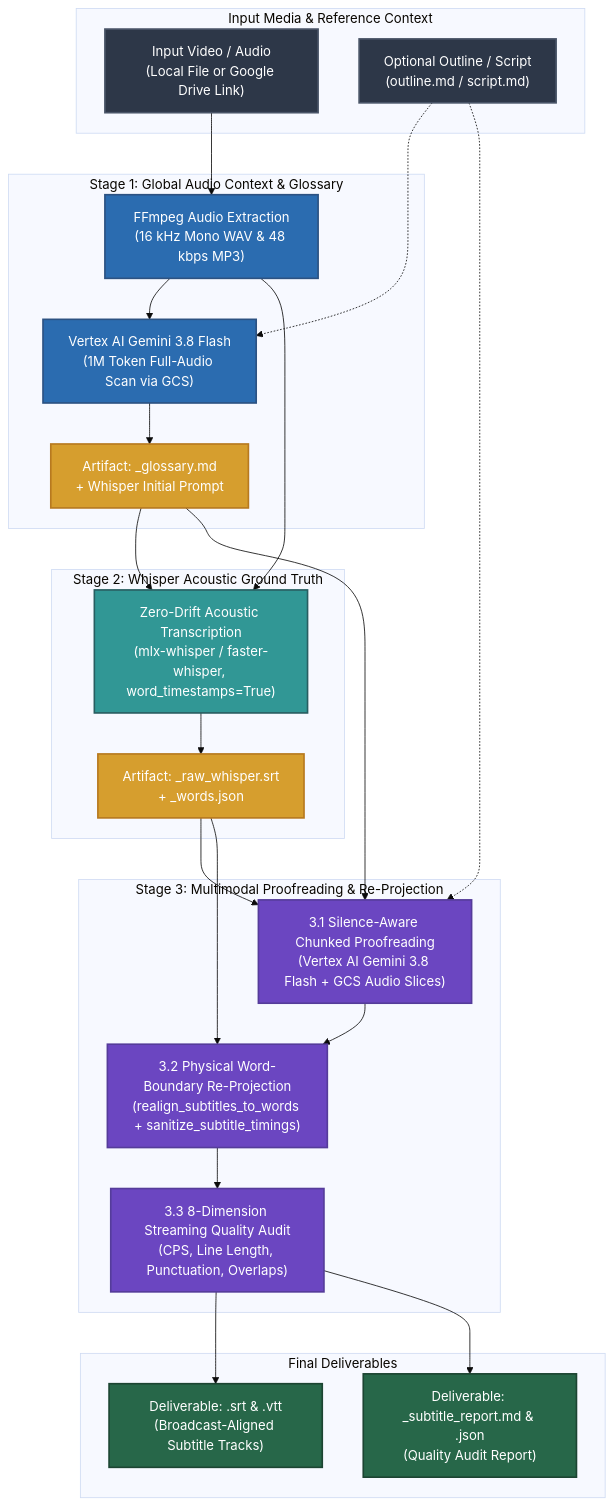
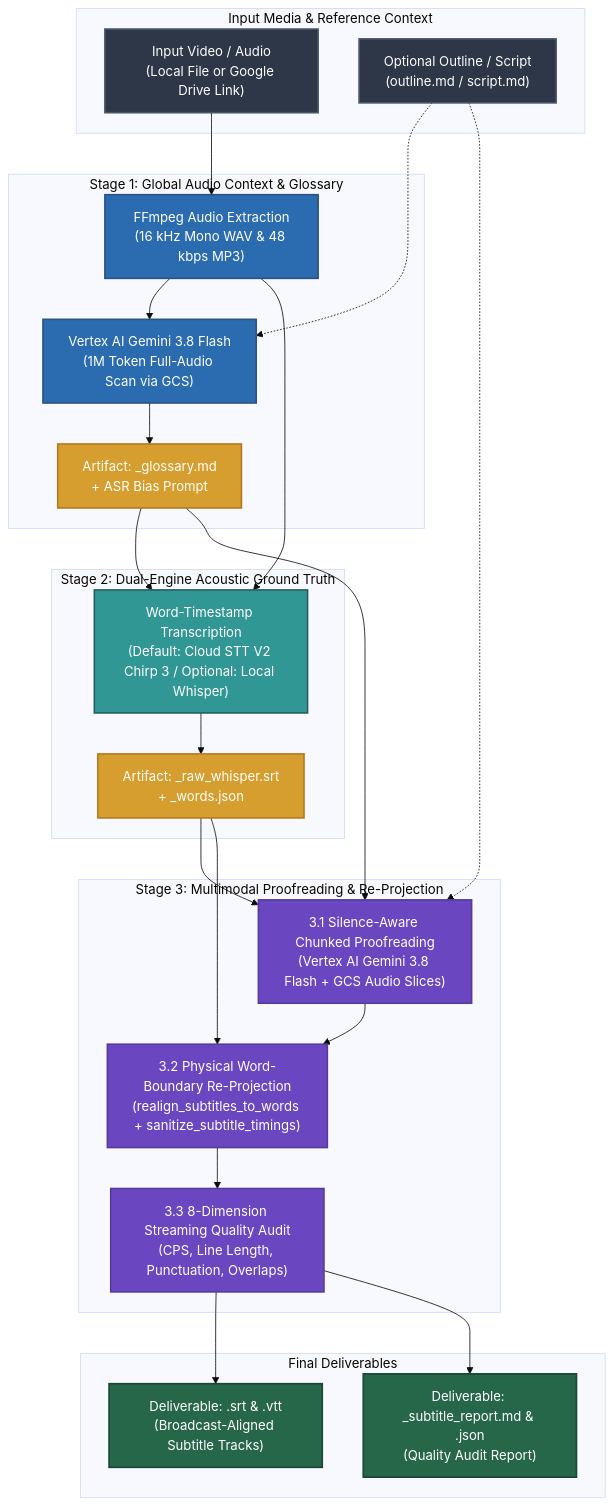
One commit to sylphlin/subtitle-craft changed the diagram in README.md. Above: the diagram before and after it, drawn with Mermaid (base theme). The commit also changed other lines of this file and 17 other files, not shown here.

First line of the commit message:
feat(asr): adopt Cloud STT V2 Chirp 3 as default Stage 2 engine with optional Whisper

````diff
--- a/README.md
+++ b/README.md
@@ -75,52 +79,52 @@
 ```mermaid
 flowchart TD
     classDef inputStyle fill:#2D3748,stroke:#4A5568,stroke-width:2px,color:#fff;
     classDef stage1Style fill:#2B6CB0,stroke:#2C5282,stroke-width:2px,color:#fff;
     classDef stage2Style fill:#319795,stroke:#285E61,stroke-width:2px,color:#fff;
     classDef stage3Style fill:#6B46C1,stroke:#553C9A,stroke-width:2px,color:#fff;
     classDef artifactStyle fill:#D69E2E,stroke:#B7791F,stroke-width:2px,color:#fff;
     classDef outputStyle fill:#276749,stroke:#1C4532,stroke-width:2px,color:#fff;
 
     subgraph Inputs["Input Media & Reference Context"]
         IN["Input Video / Audio<br/>(Local File or Google Drive Link)"]:::inputStyle
         REF["Optional Outline / Script<br/>(outline.md / script.md)"]:::inputStyle
     end
 
     subgraph Stage1["Stage 1: Global Audio Context & Glossary"]
         S0["FFmpeg Audio Extraction<br/>(16 kHz Mono WAV & 48 kbps MP3)"]:::stage1Style
         S1["Vertex AI Gemini 3.8 Flash<br/>(1M Token Full-Audio Scan via GCS)"]:::stage1Style
-        GL["Artifact: <basename>_glossary.md<br/>+ Whisper Initial Prompt"]:::artifactStyle
+        GL["Artifact: <basename>_glossary.md<br/>+ ASR Bias Prompt"]:::artifactStyle
     end
 
-    subgraph Stage2["Stage 2: Whisper Acoustic Ground Truth"]
-        S2["Zero-Drift Acoustic Transcription<br/>(mlx-whisper / faster-whisper, word_timestamps=True)"]:::stage2Style
+    subgraph Stage2["Stage 2: Dual-Engine Acoustic Ground Truth"]
+        S2["Word-Timestamp Transcription<br/>(Default: Cloud STT V2 Chirp 3 / Optional: Local Whisper)"]:::stage2Style
         WD["Artifact: <basename>_raw_whisper.srt<br/>+ <basename>_words.json"]:::artifactStyle
     end
 
     subgraph Stage3["Stage 3: Multimodal Proofreading & Re-Projection"]
         S3_1["3.1 Silence-Aware Chunked Proofreading<br/>(Vertex AI Gemini 3.8 Flash + GCS Audio Slices)"]:::stage3Style
         S3_2["3.2 Physical Word-Boundary Re-Projection<br/>(realign_subtitles_to_words + sanitize_subtitle_timings)"]:::stage3Style
         S3_3["3.3 8-Dimension Streaming Quality Audit<br/>(CPS, Line Length, Punctuation, Overlaps)"]:::stage3Style
     end
 
     subgraph Deliverables["Final Deliverables"]
         OUT_SUB["Deliverable: <basename>.srt & <basename>.vtt<br/>(Broadcast-Aligned Subtitle Tracks)"]:::outputStyle
         OUT_REP["Deliverable: <basename>_subtitle_report.md & .json<br/>(Quality Audit Report)"]:::outputStyle
     end
 
     IN --> S0
     S0 --> S1
     REF -.-> S1
     S1 --> GL
     S0 --> S2
     GL --> S2
     S2 --> WD
     WD --> S3_1
     GL --> S3_1
     REF -.-> S3_1
     S3_1 --> S3_2
     WD --> S3_2
     S3_2 --> S3_3
     S3_3 --> OUT_SUB
     S3_3 --> OUT_REP
 ```
````
